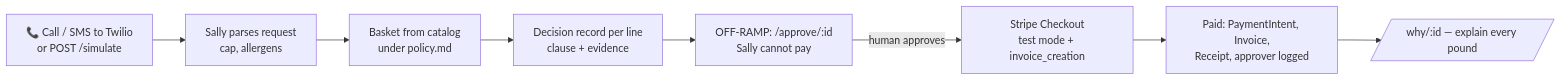
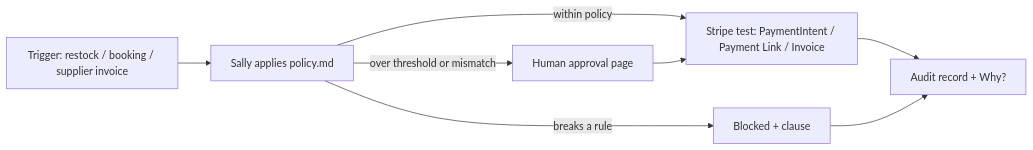
The diagram in README.md (Hey-Salad/agent-offramp), drawn with Mermaid before and after one commit. The commit also changed other lines of this file and 4 other files, not shown here.

Commit message:
Sally for restaurants: restock, host booking deposit, supplier invoice demos + /audit

````diff
--- a/README.md
+++ b/README.md
@@ -10,10 +12,10 @@
 ```mermaid
 flowchart LR
-  A[📞 Call / SMS to Twilio<br/>or POST /simulate] --> B[Sally parses request<br/>cap, allergens]
-  B --> C[Basket from catalog<br/>under policy.md]
-  C --> D[Decision record per line<br/>clause + evidence]
-  D --> E[OFF-RAMP: /approve/:id<br/>Sally cannot pay]
-  E -->|human approves| F[Stripe Checkout<br/>test mode + invoice_creation]
-  F --> G[Paid: PaymentIntent, Invoice,<br/>Receipt, approver logged]
-  G --> H[/why/:id — explain every pound/]
+  T[Trigger: restock / booking / supplier invoice] --> S[Sally applies policy.md]
+  S -->|within policy| P[Stripe test: PaymentIntent / Payment Link / Invoice]
+  S -->|over threshold or mismatch| H[Human approval page]
+  H --> P
+  S -->|breaks a rule| B[Blocked + clause]
+  P --> A[Audit record + Why?]
+  B --> A
 ```
````
